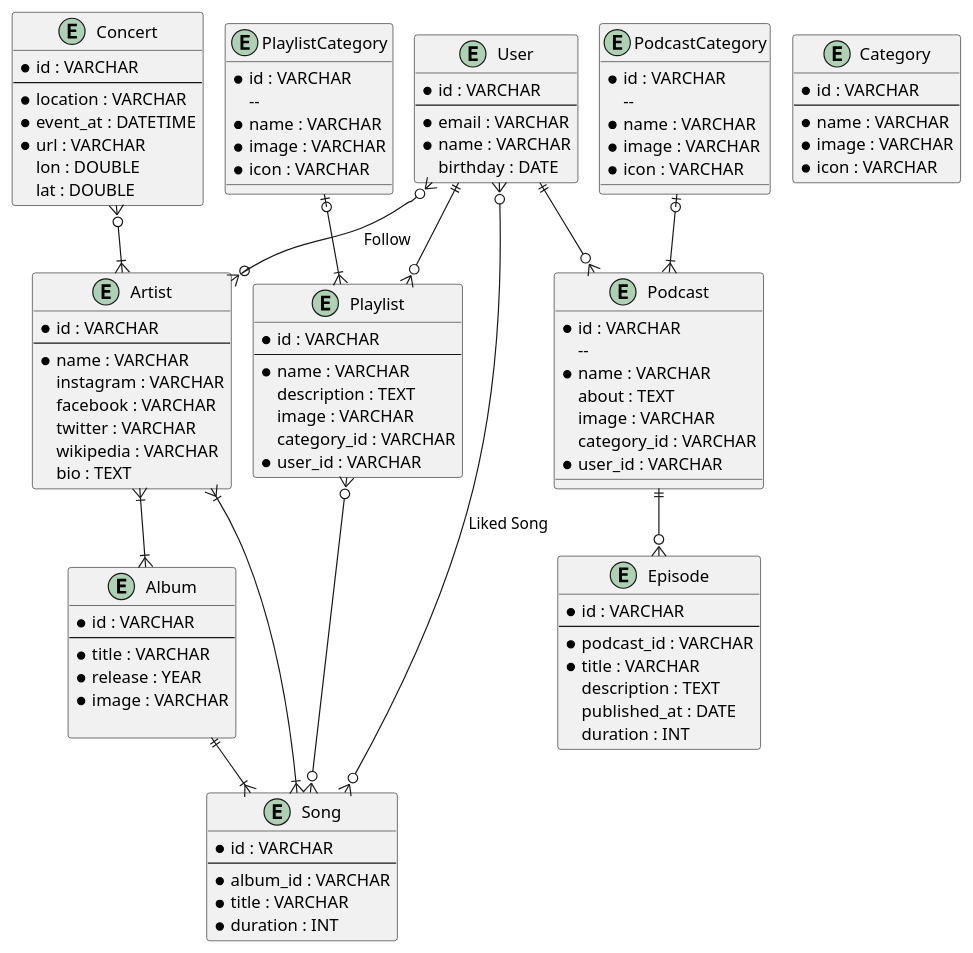
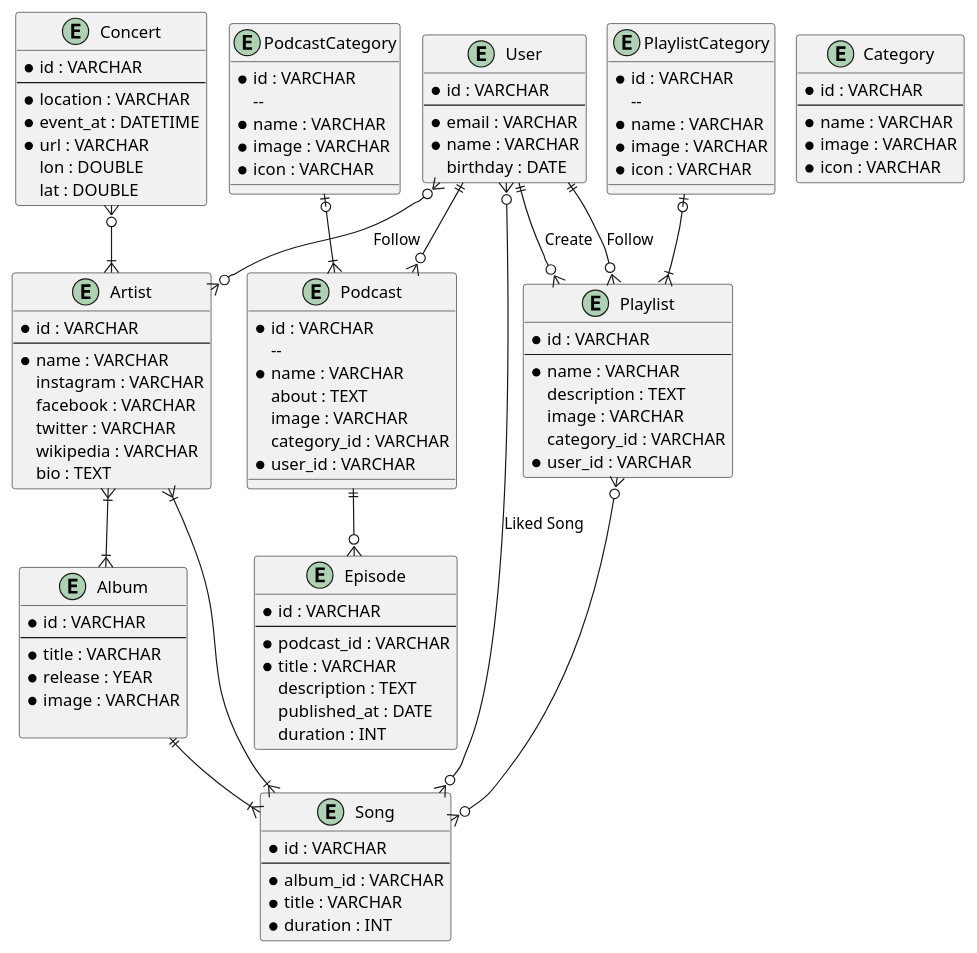
The diagram in spotify.puml (fkresna23/database-design-spotify), drawn with PlantUML before and after one commit.

Commit message:
Relasi Follow Playlist

```diff
--- a/spotify.puml
+++ b/spotify.puml
@@ -1,122 +1,124 @@
 @startuml
 !pragma layout smetana
 entity Artist {
     * id : VARCHAR
     --
     * name : VARCHAR
     instagram : VARCHAR
     facebook : VARCHAR
     twitter : VARCHAR
     wikipedia : VARCHAR
     bio : TEXT
 }
 
 entity Album {
     * id : VARCHAR
     --
     * title : VARCHAR
     * release : YEAR
     * image : VARCHAR
 
 }
 
 entity Song {
     * id : VARCHAR
     --
     * album_id : VARCHAR
     * title : VARCHAR
     * duration : INT
 }
 
 entity Category {
     * id : VARCHAR
     --
     * name : VARCHAR
     * image : VARCHAR
     * icon : VARCHAR
 }
 
 entity Playlist {
     * id : VARCHAR
     --
     * name : VARCHAR
     description : TEXT
     image : VARCHAR
     category_id : VARCHAR
     * user_id : VARCHAR
 }
 
 entity PlaylistCategory {
      * id : VARCHAR
         --
      * name : VARCHAR
      * image : VARCHAR
      * icon : VARCHAR
 }
 
 entity PodcastCategory {
      * id : VARCHAR
         --
      * name : VARCHAR
      * image : VARCHAR
      * icon : VARCHAR
 }
 
 entity Podcast {
     * id : VARCHAR
         --
     * name : VARCHAR
     about : TEXT
     image : VARCHAR
     category_id : VARCHAR
     * user_id : VARCHAR
 }
 
 entity Episode {
     * id : VARCHAR
     --
     * podcast_id : VARCHAR
     * title : VARCHAR
     description : TEXT
     published_at : DATE
     duration : INT
 }
 
 entity User {
     * id : VARCHAR
     --
     * email : VARCHAR
     * name : VARCHAR
     birthday : DATE
 }
 
 entity Concert {
     * id : VARCHAR
     --
     * location : VARCHAR
     * event_at : DATETIME
     * url : VARCHAR
     lon : DOUBLE
     lat : DOUBLE
 }
 
 Artist }|--|{ Album
 
 Album ||--|{ Song
 Artist }|--|{ Song
 
 PlaylistCategory |o--|{ Playlist
-User ||--o{ Playlist
+User ||--o{ Playlist : Create
 Playlist }o--o{ Song
 
 PodcastCategory |o--|{ Podcast
 User ||--o{ Podcast
 
 Podcast ||--o{ Episode
 
 Concert }o--|{ Artist
 
 User }o--o{ Artist : Follow
 
 User }o--o{Song : Liked Song
+
+User ||--o{ Playlist : Follow
 @enduml
```
